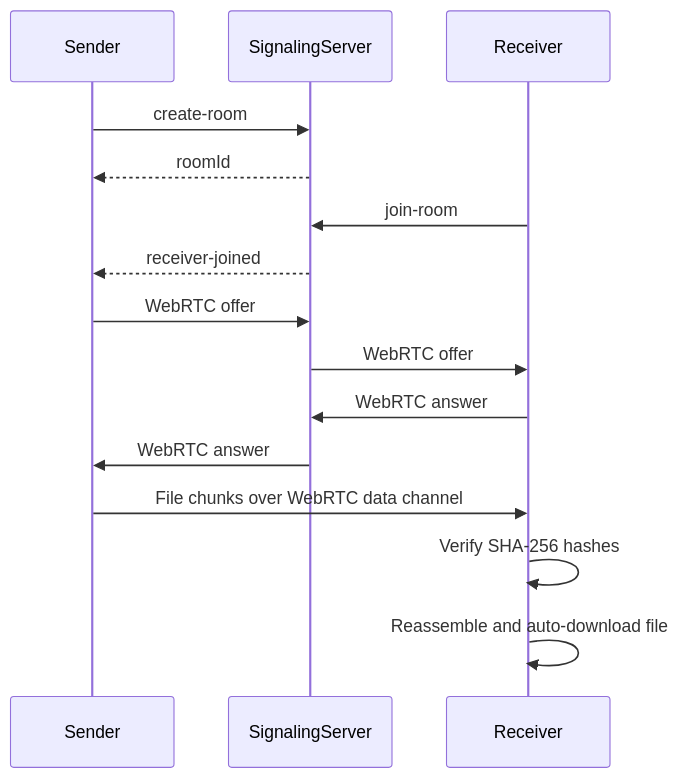
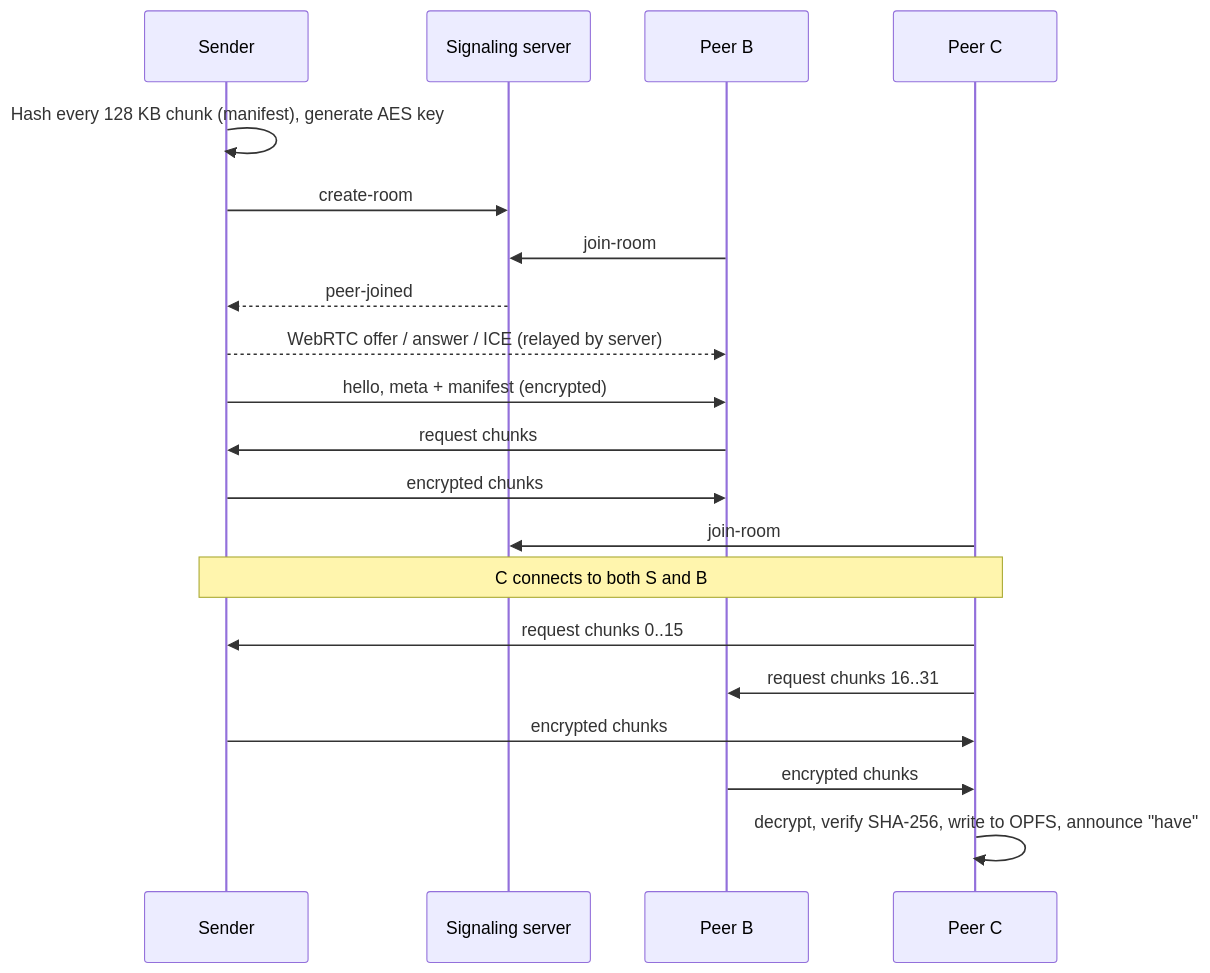
Before and after one commit to AltamashZahid/p2p-share-files: the diagram in README.md, drawn with Mermaid. The commit also changed other lines of this file and 1 other file, not shown here.

First line of the commit message:
docs: README for encryption, mesh swarming, OPFS and auto-resume

````diff
--- a/README.md
+++ b/README.md
@@ -118,18 +41,23 @@
 ```mermaid
 sequenceDiagram
-    participant Sender
-    participant SignalingServer
-    participant Receiver
+    participant S as Sender
+    participant SS as Signaling server
+    participant B as Peer B
+    participant C as Peer C
 
-    Sender->>SignalingServer: create-room
-    SignalingServer-->>Sender: roomId
-    Receiver->>SignalingServer: join-room
-    SignalingServer-->>Sender: receiver-joined
-    Sender->>SignalingServer: WebRTC offer
-    SignalingServer->>Receiver: WebRTC offer
-    Receiver->>SignalingServer: WebRTC answer
-    SignalingServer->>Sender: WebRTC answer
-    Sender->>Receiver: File chunks over WebRTC data channel
-    Receiver->>Receiver: Verify SHA-256 hashes
-    Receiver->>Receiver: Reassemble and auto-download file
+    S->>S: Hash every 128 KB chunk (manifest), generate AES key
+    S->>SS: create-room
+    B->>SS: join-room
+    SS-->>S: peer-joined
+    S-->>B: WebRTC offer / answer / ICE (relayed by server)
+    S->>B: hello, meta + manifest (encrypted)
+    B->>S: request chunks
+    S->>B: encrypted chunks
+    C->>SS: join-room
+    Note over S,C: C connects to both S and B
+    C->>S: request chunks 0..15
+    C->>B: request chunks 16..31
+    S->>C: encrypted chunks
+    B->>C: encrypted chunks
+    C->>C: decrypt, verify SHA-256, write to OPFS, announce "have"
 ```
````
